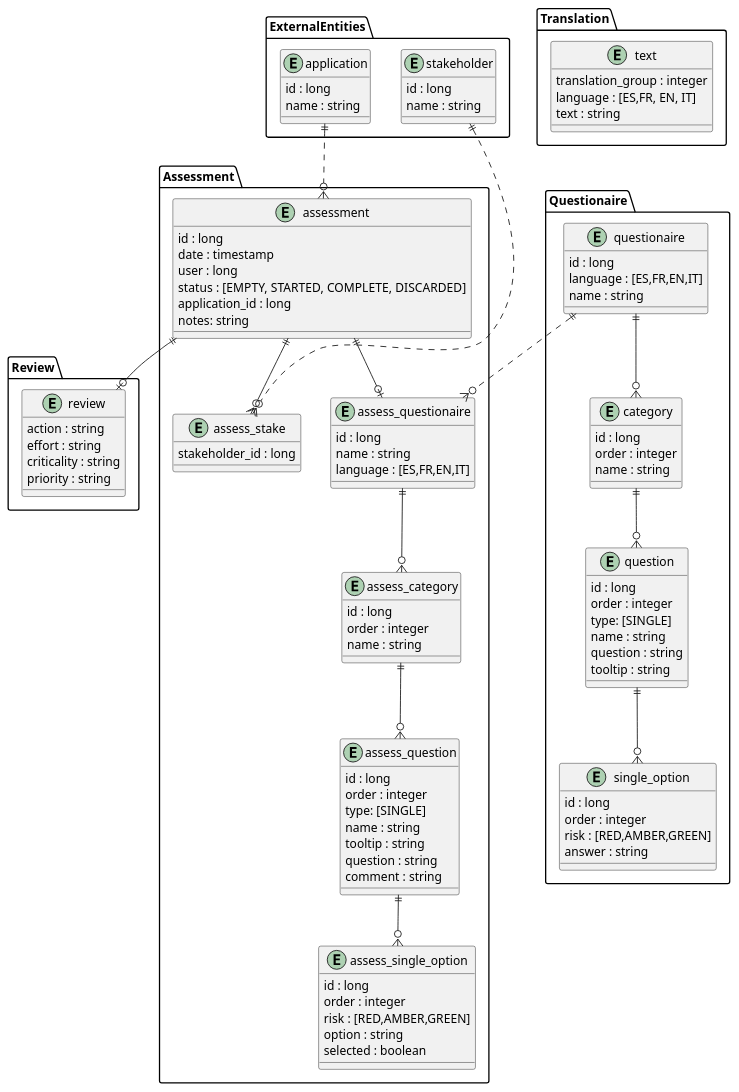
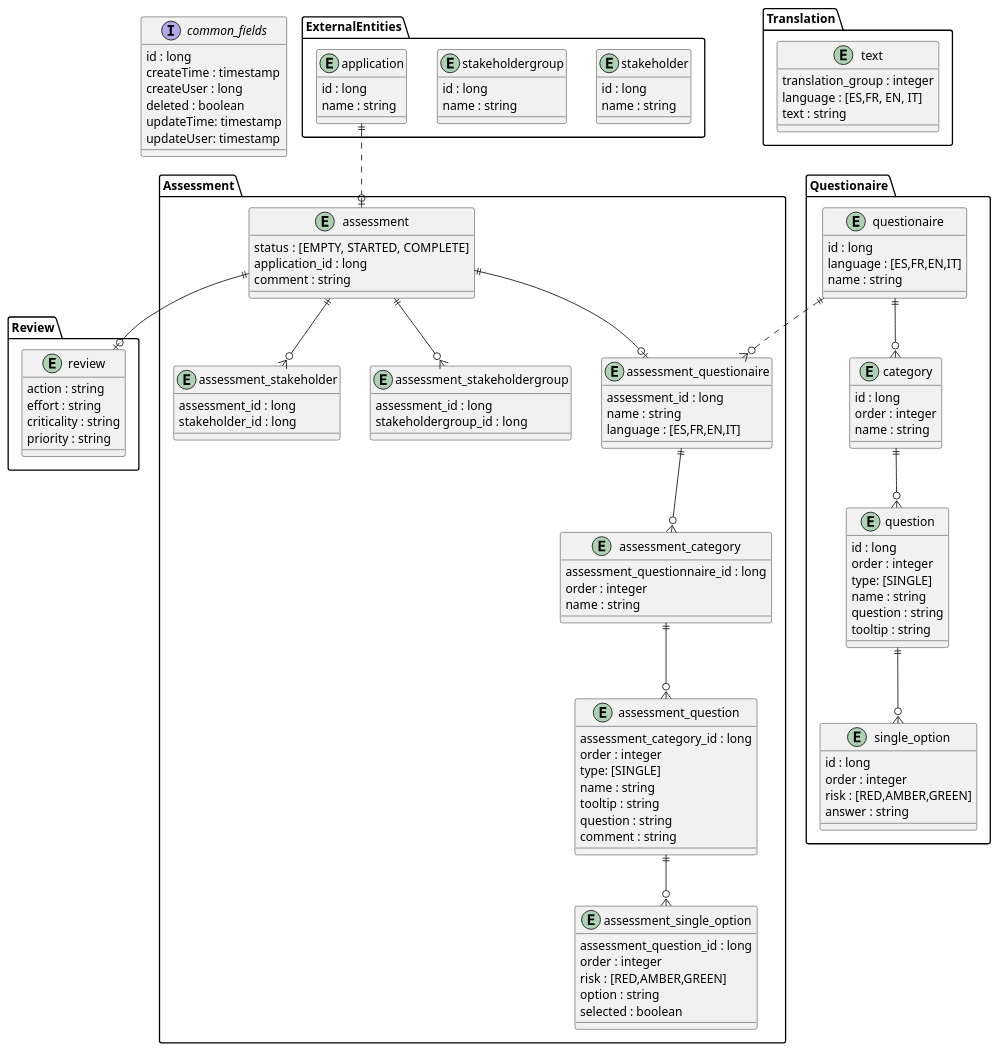
Before and after one commit to konveyor/tackle-pathfinder: the diagram in doc/diagrams/src/classes.model.plantuml, drawn with PlantUML. The commit also changed 28 other files, not shown here.

```diff
--- a/doc/diagrams/src/classes.model.plantuml
+++ b/doc/diagrams/src/classes.model.plantuml
@@ -1,117 +1,131 @@
 @startuml "Model"
+
+interface common_fields {
+    id : long
+    createTime : timestamp
+    createUser : long
+    deleted : boolean
+    updateTime: timestamp
+    updateUser: timestamp
+}
 
 package ExternalEntities {
     entity stakeholder {
+        id : long
+        name : string
+    }    
+    entity stakeholdergroup {
         id : long
         name : string
     }
     entity application {
         id : long
         name : string
     }
 }
 
 package Assessment {
-
     entity assessment {
-        id : long
-        date : timestamp
-        user : long
-        status : [EMPTY, STARTED, COMPLETE, DISCARDED]
+        status : [EMPTY, STARTED, COMPLETE]
         application_id : long
-        notes: string
+        comment : string
     }
-    entity assess_questionaire {
-        id : long
+    entity assessment_questionaire {
+        assessment_id : long
         name : string
         language : [ES,FR,EN,IT]
     }
-    entity assess_category {
-        id : long
+    entity assessment_category {
+        assessment_questionnaire_id : long
         order : integer
         name : string
     }
-    entity assess_question {
-        id : long
+    entity assessment_question {
+        assessment_category_id : long
         order : integer
         type: [SINGLE]
         name : string
         tooltip : string
         question : string
         comment : string
     }
 
-    entity assess_single_option {
-        id : long
+    entity assessment_single_option {
+        assessment_question_id : long
         order : integer
         risk : [RED,AMBER,GREEN]
         option : string
         selected : boolean
     }
 
-    entity assess_stake {
+    entity assessment_stakeholder {
+        assessment_id : long
         stakeholder_id : long
+    }    
+    
+    entity assessment_stakeholdergroup {
+        assessment_id : long
+        stakeholdergroup_id : long
     }
 
-    assess_questionaire ||--o{ assess_category
-    assess_category ||--o{ assess_question
-    assess_question ||--o{ assess_single_option
-    assessment ||--o| assess_questionaire
-
+    assessment_questionaire ||--o{ assessment_category
+    assessment_category ||--o{ assessment_question
+    assessment_question ||--o{ assessment_single_option
+    assessment ||--o| assessment_questionaire
 }
 package Review {
     entity review {
         action : string
         effort : string
         criticality : string
         priority : string
     }
 }
 
 package Questionaire {
     entity questionaire {
         id : long
         language : [ES,FR,EN,IT]
         name : string
     }
     entity category {
         id : long
         order : integer
         name : string
     }
     entity question {
         id : long
         order : integer
         type: [SINGLE]
         name : string
         question : string
         tooltip : string
     }
     entity single_option {
         id : long
         order : integer
         risk : [RED,AMBER,GREEN]
         answer : string
     }
     questionaire ||--o{ category
     category ||--o{ question
     question ||--o{ single_option
 }
 
 package Translation {
     entity text {
         translation_group : integer
         language : [ES,FR, EN, IT]
         text : string
     }
 }
 
-assessment ||--o{ assess_stake
+assessment ||--o{ assessment_stakeholder
+assessment ||--o{ assessment_stakeholdergroup
 assessment ||--o| review
 
-application ||..o{ assessment
-stakeholder ||..o{ assess_stake
+application ||..o| assessment
 
-questionaire ||..o{ assess_questionaire
+questionaire ||..o{ assessment_questionaire
 
 @enduml
```
